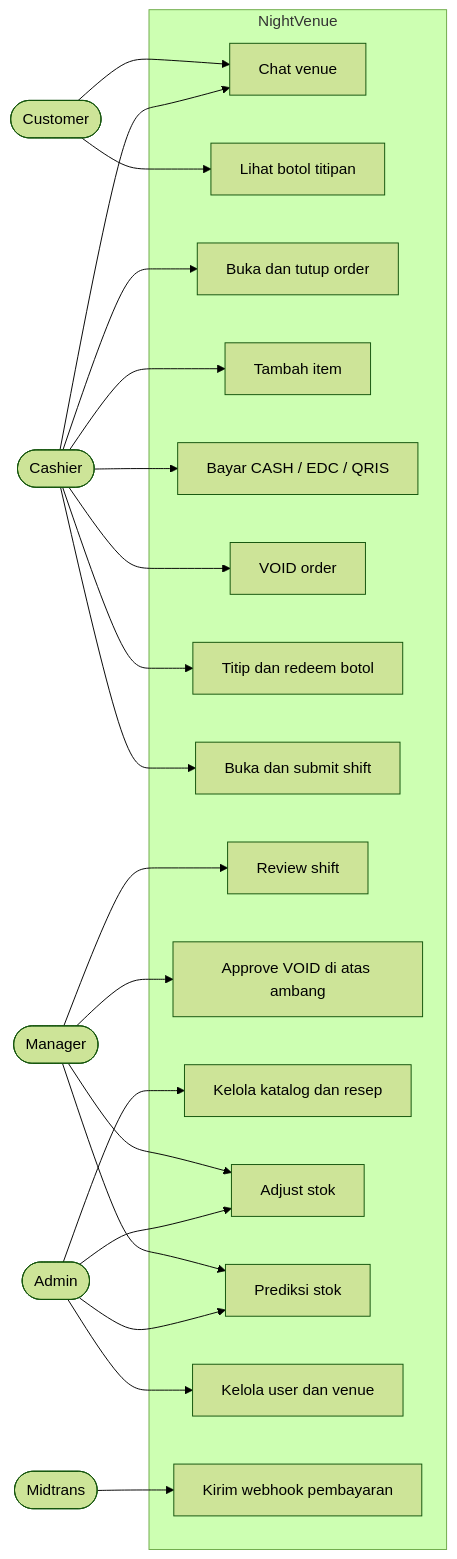
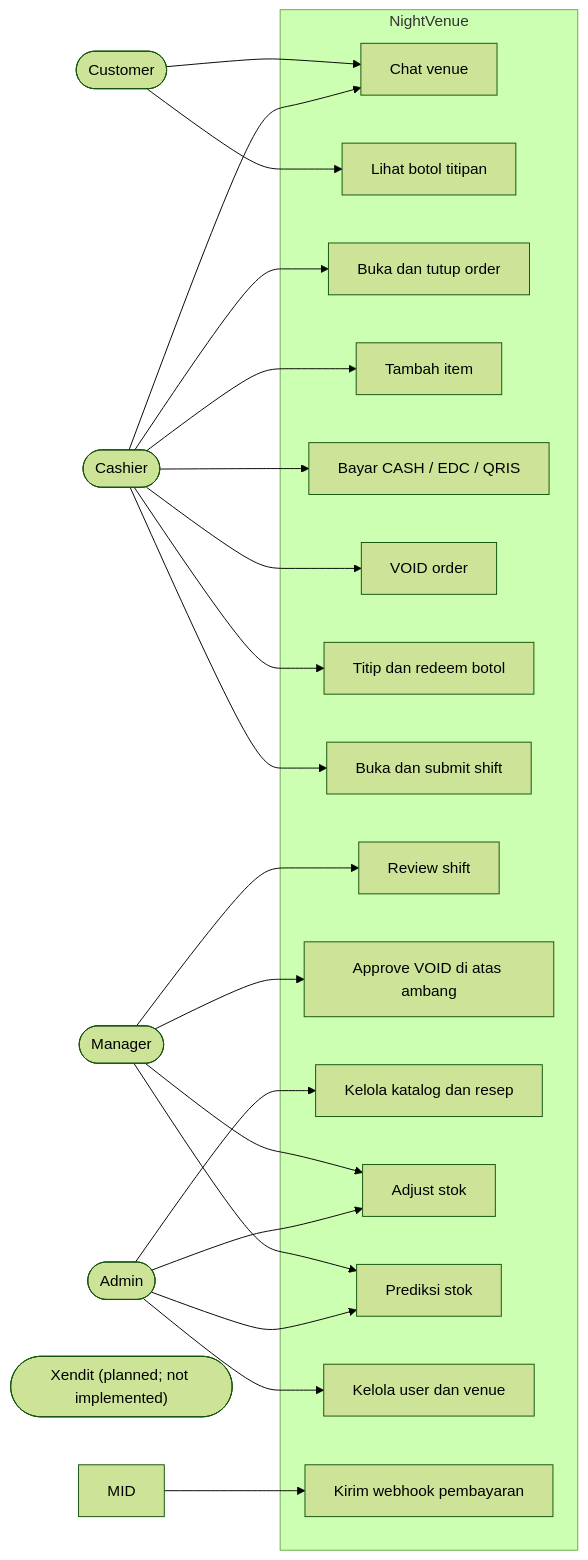
The first of 18 diagrams in docs/UML.md (ranggautama47/nightvenue-backend), drawn with Mermaid (forest theme) before and after one commit. The commit also changed other lines of this file and 9 other files, not shown here.

````diff
--- a/docs/UML.md
+++ b/docs/UML.md
@@ -9,45 +9,45 @@
 ```mermaid
 flowchart LR
     CUST(["Customer"])
     CASH(["Cashier"])
     MGR(["Manager"])
     ADM(["Admin"])
-    MID(["Midtrans"])
+    XEN(["Xendit (planned; not implemented)"])
 
     subgraph Sistem["NightVenue"]
         U1["Chat venue"]
         U2["Lihat botol titipan"]
         U3["Buka dan tutup order"]
         U4["Tambah item"]
         U5["Bayar CASH / EDC / QRIS"]
         U6["VOID order"]
         U7["Titip dan redeem botol"]
         U8["Buka dan submit shift"]
         U9["Review shift"]
         U10["Approve VOID di atas ambang"]
         U11["Kelola katalog dan resep"]
         U12["Adjust stok"]
         U13["Prediksi stok"]
         U14["Kelola user dan venue"]
         U15["Kirim webhook pembayaran"]
     end
 
     CUST --> U1
     CUST --> U2
     CASH --> U1
     CASH --> U3
     CASH --> U4
     CASH --> U5
     CASH --> U6
     CASH --> U7
     CASH --> U8
     MGR --> U9
     MGR --> U10
     MGR --> U12
     MGR --> U13
     ADM --> U11
     ADM --> U14
     ADM --> U12
     ADM --> U13
     MID --> U15
 ```
````
